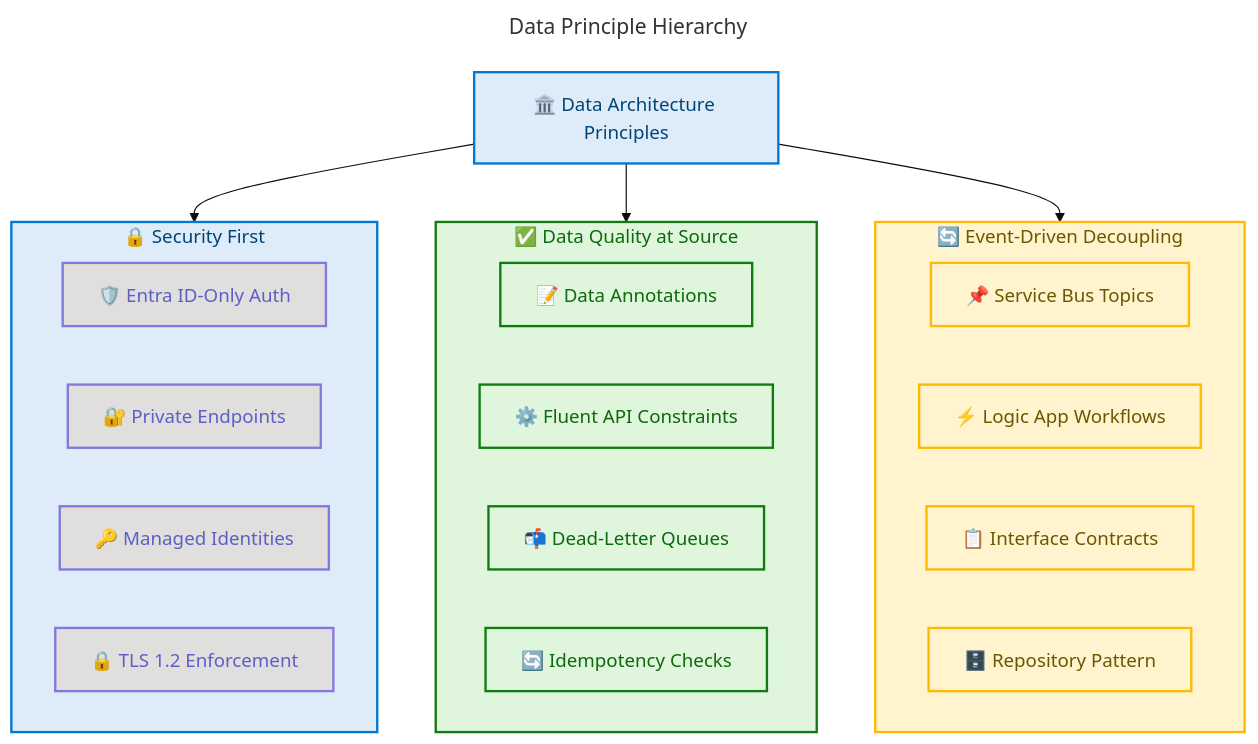
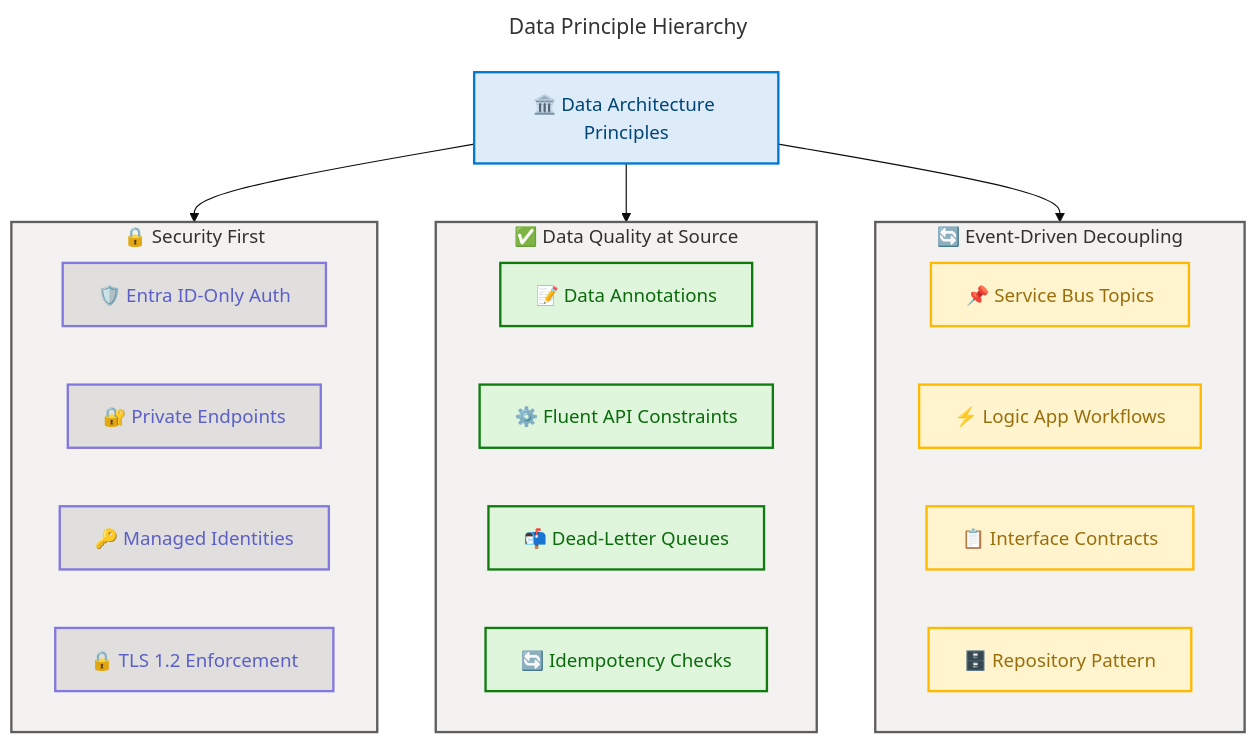
One commit to Evilazaro/Azure-LogicApps-Monitoring changed the fourth of 13 diagrams in docs/architecture/data-architecture.md. Above: the diagram before and after it, drawn with Mermaid. The commit also changed other lines of this file, not shown here.

Commit message:
Refactor styling in data architecture diagrams for improved visual consistency and clarity

````diff
--- a/docs/architecture/data-architecture.md
+++ b/docs/architecture/data-architecture.md
@@ -375,55 +375,55 @@
 ```mermaid
 ---
 title: Data Principle Hierarchy
 config:
   theme: base
   look: classic
   layout: dagre
   themeVariables:
     fontSize: '16px'
   flowchart:
     htmlLabels: true
 ---
 flowchart TB
     accTitle: Data Principle Hierarchy
     accDescr: Shows the hierarchy of data architecture principles from foundational pillars to specific implementation patterns
 
     %% ═══════════════════════════════════════════════════════════════════════════
     %% AZURE / FLUENT ARCHITECTURE PATTERN v1.1
     %% ═══════════════════════════════════════════════════════════════════════════
 
     ROOT["🏛️ Data Architecture Principles"]:::core
 
     subgraph P1 ["🔒 Security First"]
         S1["🛡️ Entra ID-Only Auth"]:::data
         S2["🔐 Private Endpoints"]:::data
         S3["🔑 Managed Identities"]:::data
         S4["🔒 TLS 1.2 Enforcement"]:::data
     end
-    style P1 fill:#DEECF9,stroke:#0078D4,stroke-width:2px,color:#004578
+    style P1 fill:#F3F2F1,stroke:#605E5C,stroke-width:2px,color:#323130
 
     subgraph P2 ["✅ Data Quality at Source"]
         Q1["📝 Data Annotations"]:::messaging
         Q2["⚙️ Fluent API Constraints"]:::messaging
         Q3["📬 Dead-Letter Queues"]:::messaging
         Q4["🔄 Idempotency Checks"]:::messaging
     end
-    style P2 fill:#DFF6DD,stroke:#107C10,stroke-width:2px,color:#0B6A0B
+    style P2 fill:#F3F2F1,stroke:#605E5C,stroke-width:2px,color:#323130
 
     subgraph P3 ["🔄 Event-Driven Decoupling"]
         D1["📌 Service Bus Topics"]:::workflow
         D2["⚡ Logic App Workflows"]:::workflow
         D3["📋 Interface Contracts"]:::workflow
         D4["🗄️ Repository Pattern"]:::workflow
     end
-    style P3 fill:#FFF4CE,stroke:#FFB900,stroke-width:2px,color:#6B5700
+    style P3 fill:#F3F2F1,stroke:#605E5C,stroke-width:2px,color:#323130
 
     ROOT --> P1
     ROOT --> P2
     ROOT --> P3
 
     classDef core fill:#DEECF9,stroke:#0078D4,stroke-width:2px,color:#004578
     classDef data fill:#E1DFDD,stroke:#8378DE,stroke-width:2px,color:#5B5FC7
     classDef messaging fill:#DFF6DD,stroke:#107C10,stroke-width:2px,color:#0B6A0B
-    classDef workflow fill:#FFF4CE,stroke:#FFB900,stroke-width:2px,color:#6B5700
+    classDef workflow fill:#FFF4CE,stroke:#FFB900,stroke-width:2px,color:#986F0B
 ```
````
